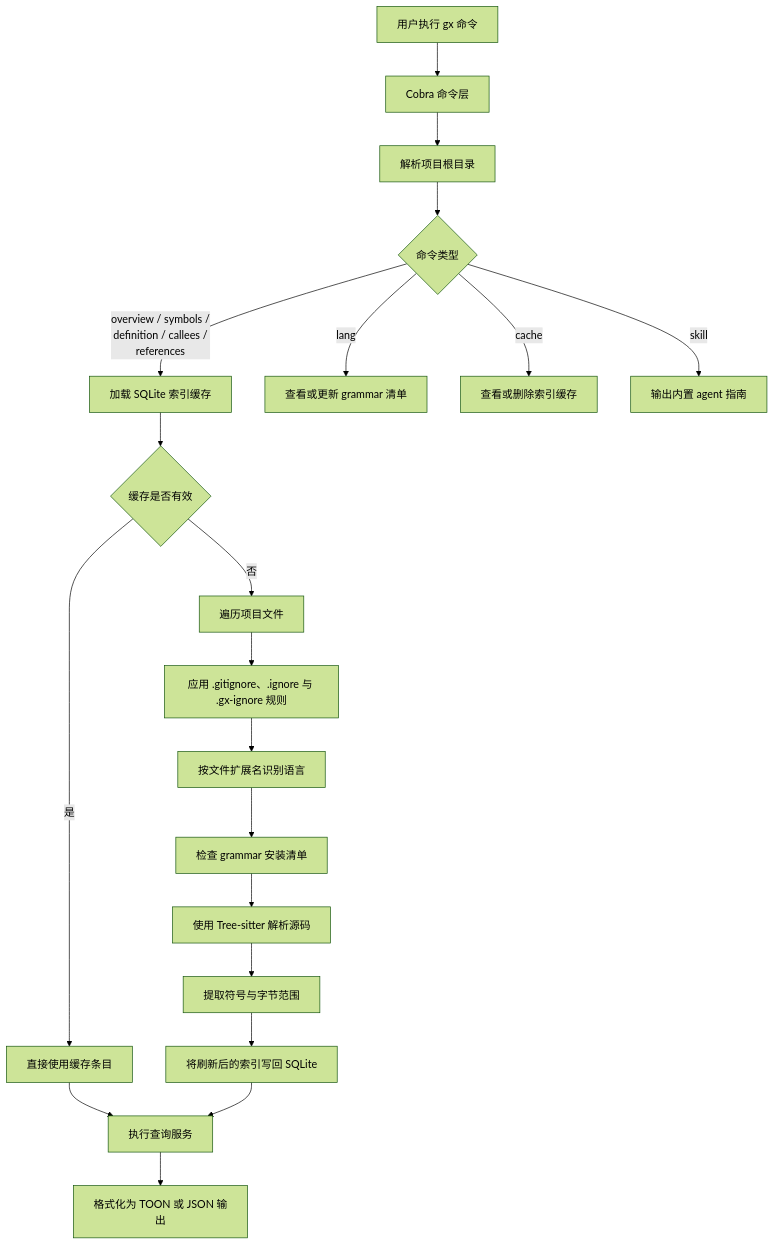
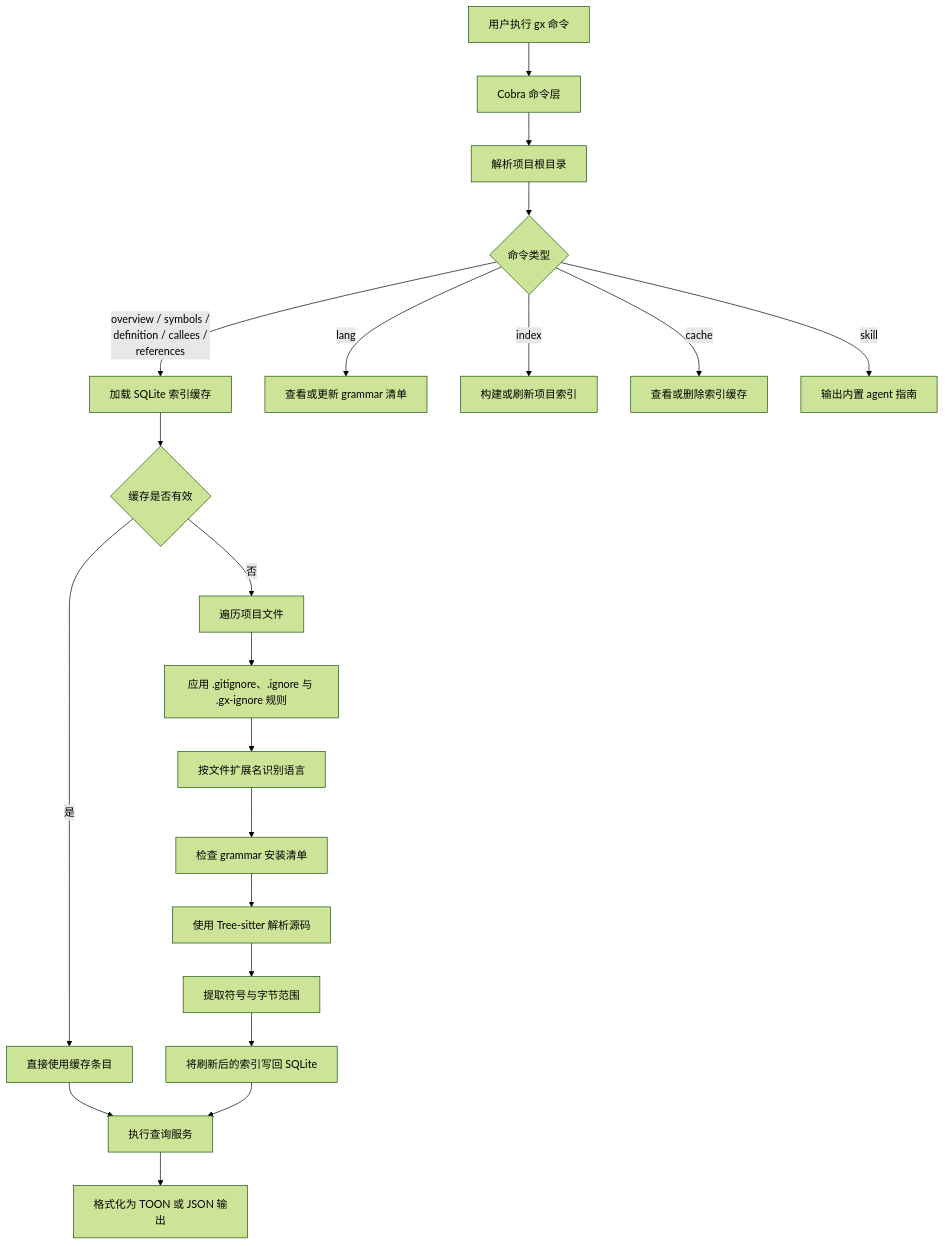
One commit to XDwanj/gx changed the diagram in README.zh-CN.md. Above: the diagram before and after it, drawn with Mermaid (forest theme). The commit also changed other lines of this file and 6 other files, not shown here.

````diff
--- a/README.zh-CN.md
+++ b/README.zh-CN.md
@@ -336,24 +336,25 @@
 ```mermaid
 flowchart TD
     A[用户执行 gx 命令] --> B[Cobra 命令层]
     B --> C[解析项目根目录]
     C --> D{命令类型}
 
     D -->|overview / symbols /\ndefinition / callees /\nreferences| E[加载 SQLite 索引缓存]
     E --> F{缓存是否有效}
     F -->|是| G[直接使用缓存条目]
     F -->|否| H[遍历项目文件]
     H --> I[应用 .gitignore、.ignore 与 .gx-ignore 规则]
     I --> J[按文件扩展名识别语言]
     J --> K[检查 grammar 安装清单]
     K --> L[使用 Tree-sitter 解析源码]
     L --> M[提取符号与字节范围]
     M --> N[将刷新后的索引写回 SQLite]
     G --> O[执行查询服务]
     N --> O
     O --> P[格式化为 TOON 或 JSON 输出]
 
     D -->|lang| Q[查看或更新 grammar 清单]
-    D -->|cache| R[查看或删除索引缓存]
+    D -->|index| R[构建或刷新项目索引]
+    D -->|cache| T[查看或删除索引缓存]
     D -->|skill| S[输出内置 agent 指南]
 ```
````
